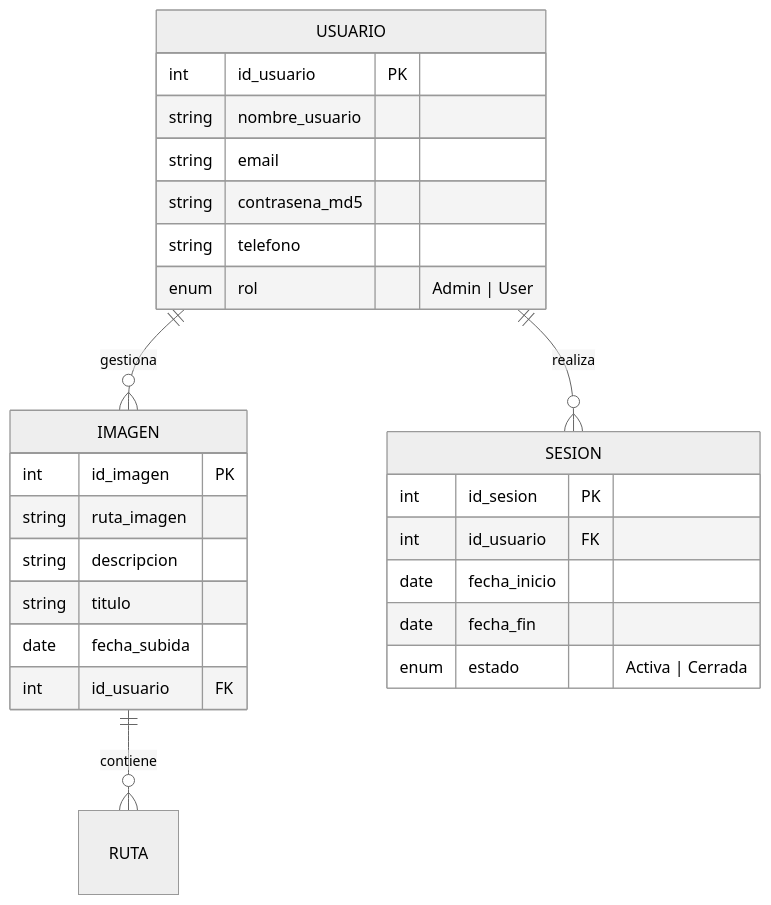
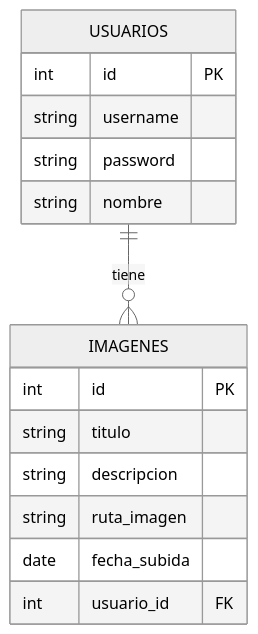
Before and after one commit to dmontes901/TapatApp: the diagram in MGCAM/modeloER.mmd, drawn with Mermaid (neutral theme).

```diff
--- a/MGCAM/modeloER.mmd
+++ b/MGCAM/modeloER.mmd
@@ -1,30 +1,19 @@
 erDiagram
-    USUARIO ||--o{ IMAGEN : gestiona
-    USUARIO ||--o{ SESION : realiza
-    IMAGEN ||--o{ RUTA : contiene
 
-    USUARIO {
-        int id_usuario PK
-        string nombre_usuario
-        string email
-        string contrasena_md5
-        string telefono
-        enum rol "Admin | User"
-    }
+USUARIOS ||--o{ IMAGENES : tiene
 
-    IMAGEN {
-        int id_imagen PK
-        string ruta_imagen
-        string descripcion
-        string titulo
-        date fecha_subida
-        int id_usuario FK
-    }
+USUARIOS {
+    int id PK
+    string username
+    string password
+    string nombre
+}
 
-    SESION {
-        int id_sesion PK
-        int id_usuario FK
-        date fecha_inicio
-        date fecha_fin
-        enum estado "Activa | Cerrada"
-    }
+IMAGENES {
+    int id PK
+    string titulo
+    string descripcion
+    string ruta_imagen
+    date fecha_subida
+    int usuario_id FK
+}
```
